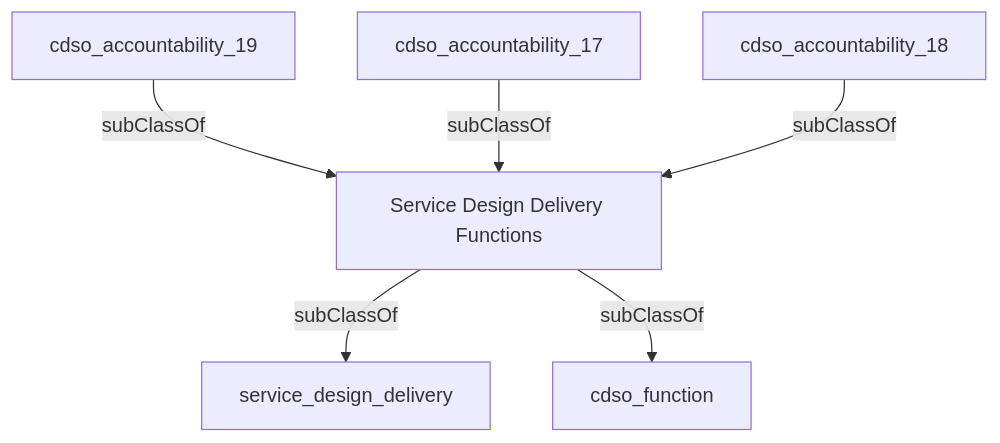
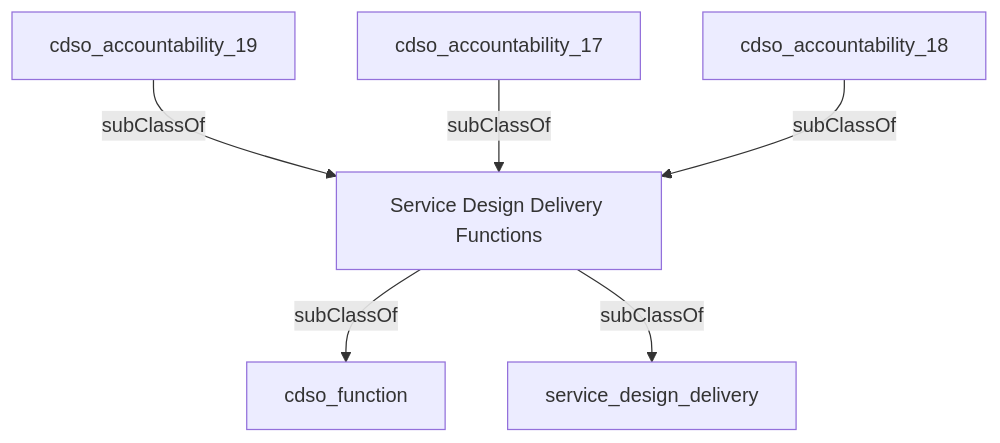
One commit to heidingaway/heidi2 changed the diagram in content/accountabilities/service_design_delivery_functions.md. Above: the diagram before and after it, drawn with Mermaid. The commit also changed other lines of this file and 372 other files, not shown here.

````diff
--- a/content/accountabilities/service_design_delivery_functions.md
+++ b/content/accountabilities/service_design_delivery_functions.md
@@ -31,14 +25,14 @@
 ```mermaid
 graph TD
   Service_Design_Delivery_Functions["Service Design Delivery Functions"]:::current-page-node
   cdso_function["cdso_function"]
   service_design_delivery["service_design_delivery"]
   cdso_accountability_17["cdso_accountability_17"]
   cdso_accountability_18["cdso_accountability_18"]
   cdso_accountability_19["cdso_accountability_19"]
+  Service_Design_Delivery_Functions-->|" subClassOf "|cdso_function
   Service_Design_Delivery_Functions-->|" subClassOf "|service_design_delivery
-  Service_Design_Delivery_Functions-->|" subClassOf "|cdso_function
   cdso_accountability_19-->|" subClassOf "|Service_Design_Delivery_Functions
   cdso_accountability_17-->|" subClassOf "|Service_Design_Delivery_Functions
   cdso_accountability_18-->|" subClassOf "|Service_Design_Delivery_Functions
 ```
````
